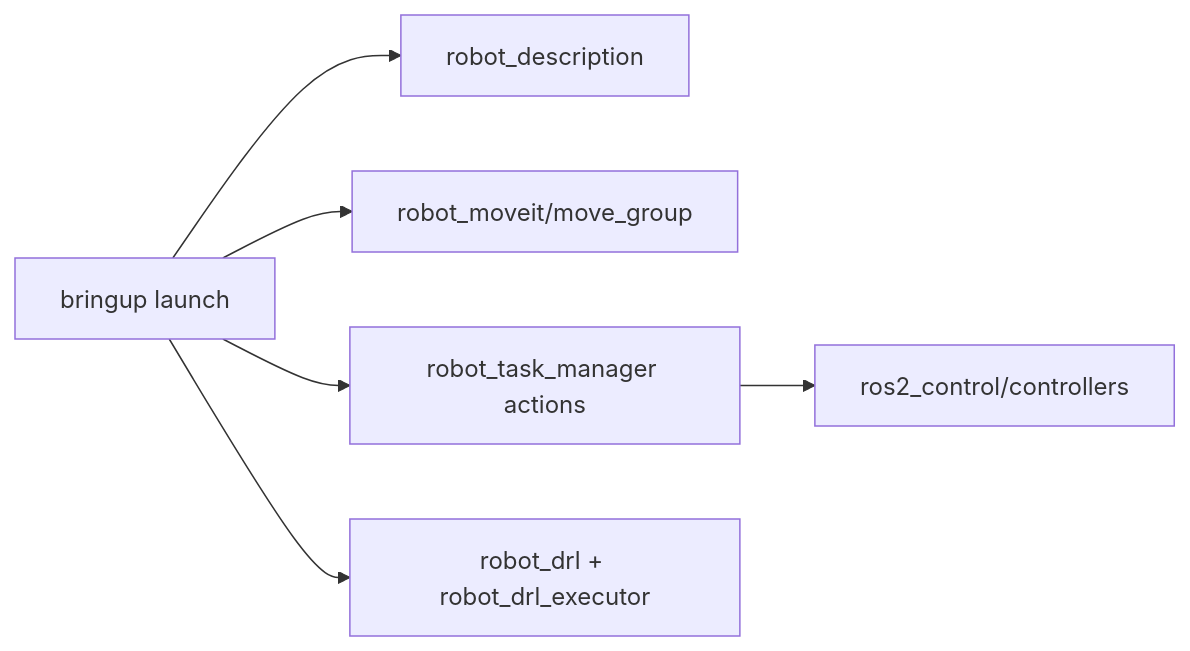
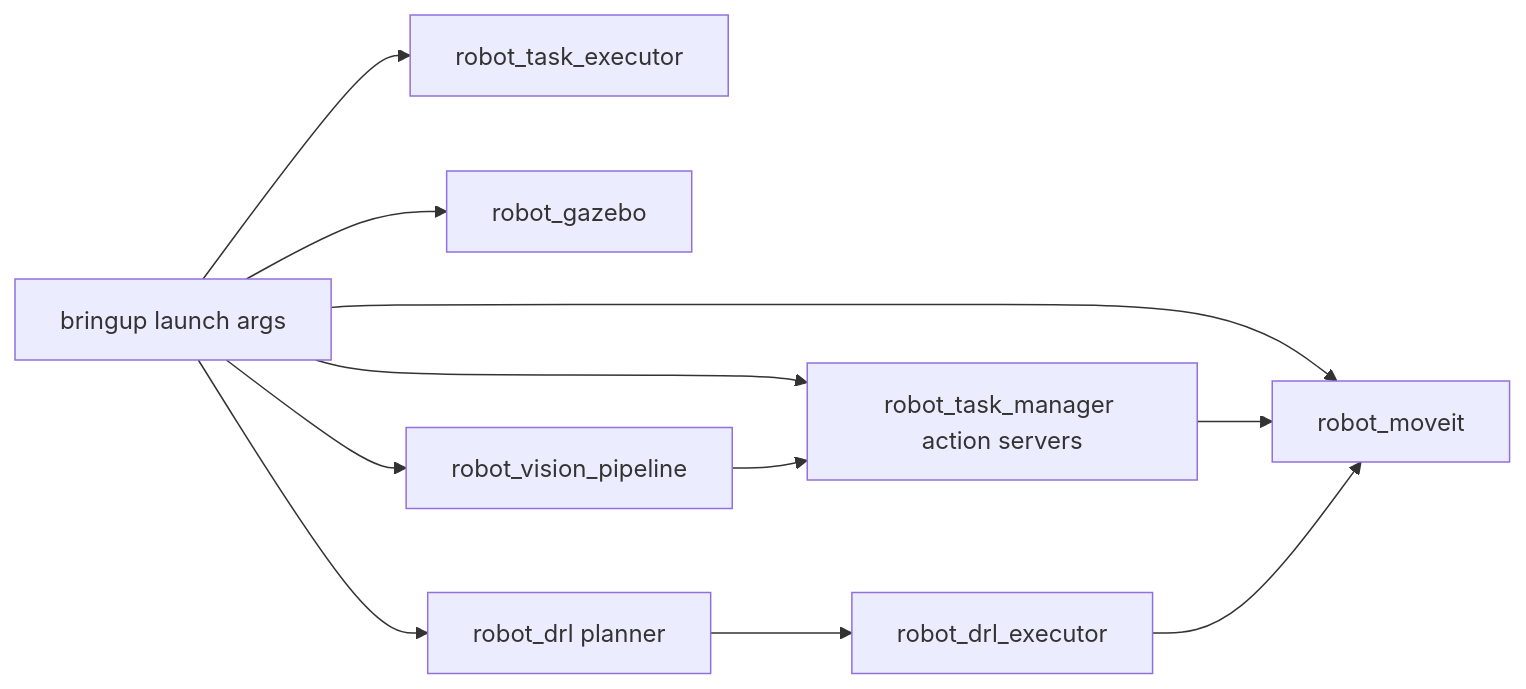
The diagram in src/robot_bringup/DATA_FLOW.md (AsQT/ros2_dev), drawn with Mermaid before and after one commit. The commit also changed other lines of this file and 15 other files, not shown here.

````diff
--- a/src/robot_bringup/DATA_FLOW.md
+++ b/src/robot_bringup/DATA_FLOW.md
@@ -22,8 +5,13 @@
-    ```mermaid
-    flowchart LR
-  Launch[bringup launch] --> Desc[robot_description]
-  Launch --> MoveIt[robot_moveit/move_group]
-  Launch --> Task[robot_task_manager actions]
-  Launch --> DRL[robot_drl + robot_drl_executor]
-  Task --> Controller[ros2_control/controllers]
-    ```
+```mermaid
+flowchart LR
+  Launch[bringup launch args] --> MoveIt[robot_moveit]
+  Launch --> Task[robot_task_manager action servers]
+  Launch --> Exec[robot_task_executor]
+  Launch --> Gazebo[robot_gazebo]
+  Launch --> Vision[robot_vision_pipeline]
+  Launch --> DRL[robot_drl planner]
+  DRL --> DrlExec[robot_drl_executor]
+  Vision --> Task
+  Task --> MoveIt
+  DrlExec --> MoveIt
+```
````
